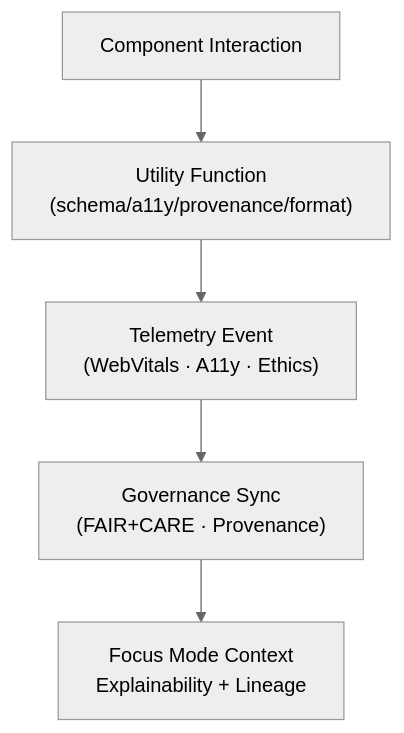
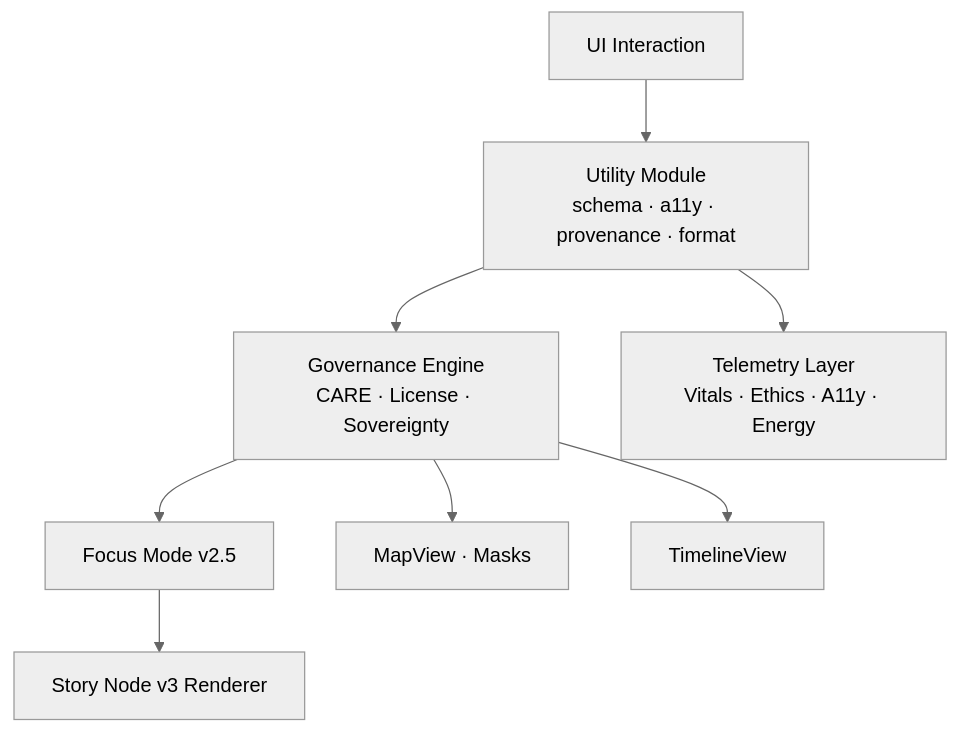
Before and after one commit to bartytime4life/Kansas-Frontier-Matrix: the first of 2 diagrams in web/src/utils/README.md, drawn with Mermaid (neutral theme). The commit also changed other lines of this file, not shown here.

````diff
--- a/web/src/utils/README.md
+++ b/web/src/utils/README.md
@@ -155,7 +155,10 @@
-~~~~~mermaid
+```mermaid
 flowchart TD
-  A["Component Interaction"] --> B["Utility Function<br/>(schema/a11y/provenance/format)"]
-  B --> C["Telemetry Event<br/>(WebVitals · A11y · Ethics)"]
-  C --> D["Governance Sync<br/>(FAIR+CARE · Provenance)"]
-  D --> E["Focus Mode Context<br/>Explainability + Lineage"]
-~~~~~
+    INT[UI Interaction] --> UTIL[Utility Module<br/>schema · a11y · provenance · format]
+    UTIL --> GOV[Governance Engine<br/>CARE · License · Sovereignty]
+    UTIL --> TEL[Telemetry Layer<br/>Vitals · Ethics · A11y · Energy]
+    GOV --> FOCUS[Focus Mode v2.5]
+    GOV --> MAP[MapView · Masks]
+    GOV --> TL[TimelineView]
+    FOCUS --> SN[Story Node v3 Renderer]
+```
````
